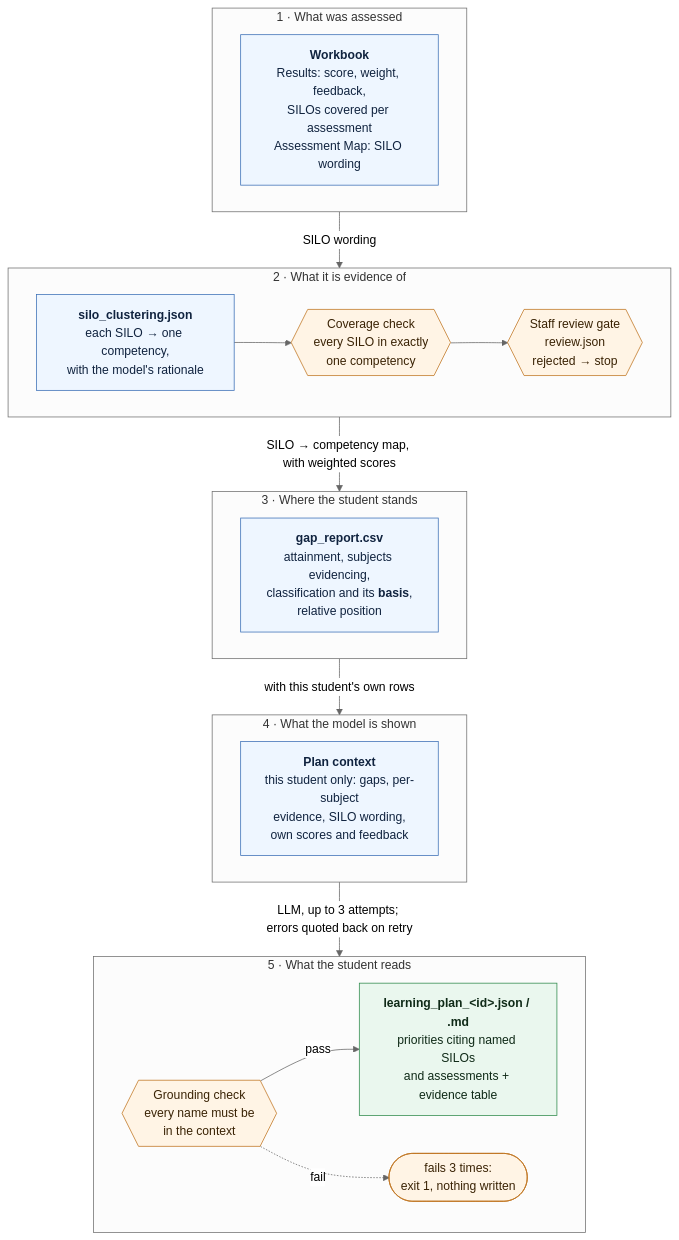
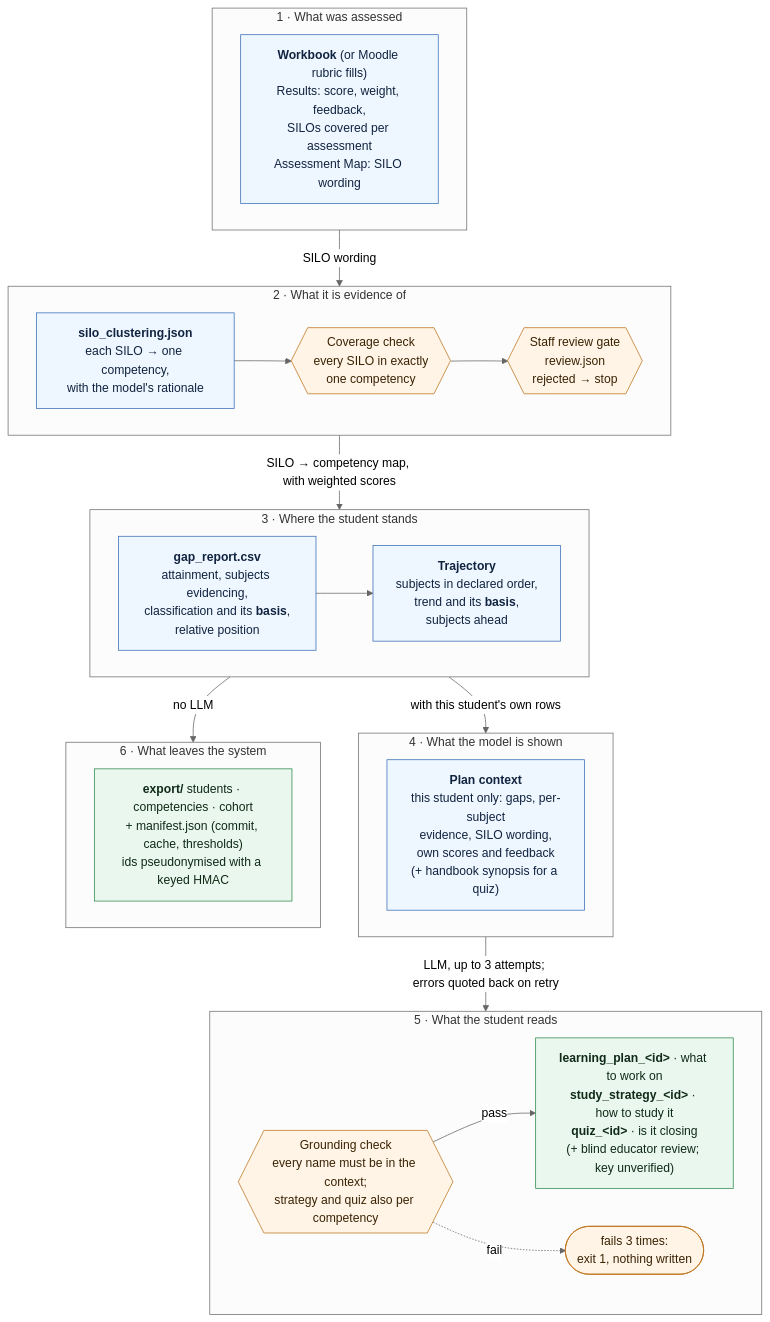
The diagram in docs/handover/diagrams/07-evidence-lineage.mmd (yetanotherpassword/LearningJourneyAssistant), drawn with Mermaid (neutral theme) before and after one commit. The commit also changed 48 other files, not shown here.

```diff
--- a/docs/handover/diagrams/07-evidence-lineage.mmd
+++ b/docs/handover/diagrams/07-evidence-lineage.mmd
@@ -1,37 +1,44 @@
 flowchart TB
     classDef data fill:#eef6ff,stroke:#3b6fb6,color:#10233f
     classDef check fill:#fff4e5,stroke:#c07520,color:#3a2305
     classDef out fill:#eaf7ee,stroke:#2f8a4c,color:#0f2a17
 
     subgraph S1["1 · What was assessed"]
         direction LR
-        W["<b>Workbook</b><br/>Results: score, weight, feedback,<br/>SILOs covered per assessment<br/>Assessment Map: SILO wording"]:::data
+        W["<b>Workbook</b> (or Moodle rubric fills)<br/>Results: score, weight, feedback,<br/>SILOs covered per assessment<br/>Assessment Map: SILO wording"]:::data
     end
     subgraph S2["2 · What it is evidence of"]
         direction LR
         C["<b>silo_clustering.json</b><br/>each SILO → one competency,<br/>with the model's rationale"]:::data
         CV{{"Coverage check<br/>every SILO in exactly<br/>one competency"}}:::check
         RV{{"Staff review gate<br/>review.json<br/>rejected → stop"}}:::check
         C --> CV --> RV
     end
     subgraph S3["3 · Where the student stands"]
         direction LR
         G["<b>gap_report.csv</b><br/>attainment, subjects evidencing,<br/>classification and its <b>basis</b>,<br/>relative position"]:::data
+        T["<b>Trajectory</b><br/>subjects in declared order,<br/>trend and its <b>basis</b>,<br/>subjects ahead"]:::data
+        G --> T
     end
     subgraph S4["4 · What the model is shown"]
         direction LR
-        X["<b>Plan context</b><br/>this student only: gaps, per-subject<br/>evidence, SILO wording,<br/>own scores and feedback"]:::data
+        X["<b>Plan context</b><br/>this student only: gaps, per-subject<br/>evidence, SILO wording,<br/>own scores and feedback<br/>(+ handbook synopsis for a quiz)"]:::data
     end
     subgraph S5["5 · What the student reads"]
         direction LR
-        GR{{"Grounding check<br/>every name must be<br/>in the context"}}:::check
-        P["<b>learning_plan_&lt;id&gt;.json / .md</b><br/>priorities citing named SILOs<br/>and assessments + evidence table"]:::out
+        GR{{"Grounding check<br/>every name must be in the context;<br/>strategy and quiz also per competency"}}:::check
+        P["<b>learning_plan_&lt;id&gt;</b> · what to work on<br/><b>study_strategy_&lt;id&gt;</b> · how to study it<br/><b>quiz_&lt;id&gt;</b> · is it closing<br/>(+ blind educator review; key unverified)"]:::out
         STOP(["fails 3 times:<br/>exit 1, nothing written"]):::check
         GR -->|pass| P
         GR -.->|fail| STOP
+    end
+    subgraph S6["6 · What leaves the system"]
+        direction LR
+        E["<b>export/</b> students · competencies · cohort<br/>+ manifest.json (commit, cache, thresholds)<br/>ids pseudonymised with a keyed HMAC"]:::out
     end
 
     S1 -->|"SILO wording"| S2
     S2 -->|"SILO → competency map, with weighted scores"| S3
     S3 -->|"with this student's own rows"| S4
     S4 -->|"LLM, up to 3 attempts; errors quoted back on retry"| S5
+    S3 -->|"no LLM"| S6
```
